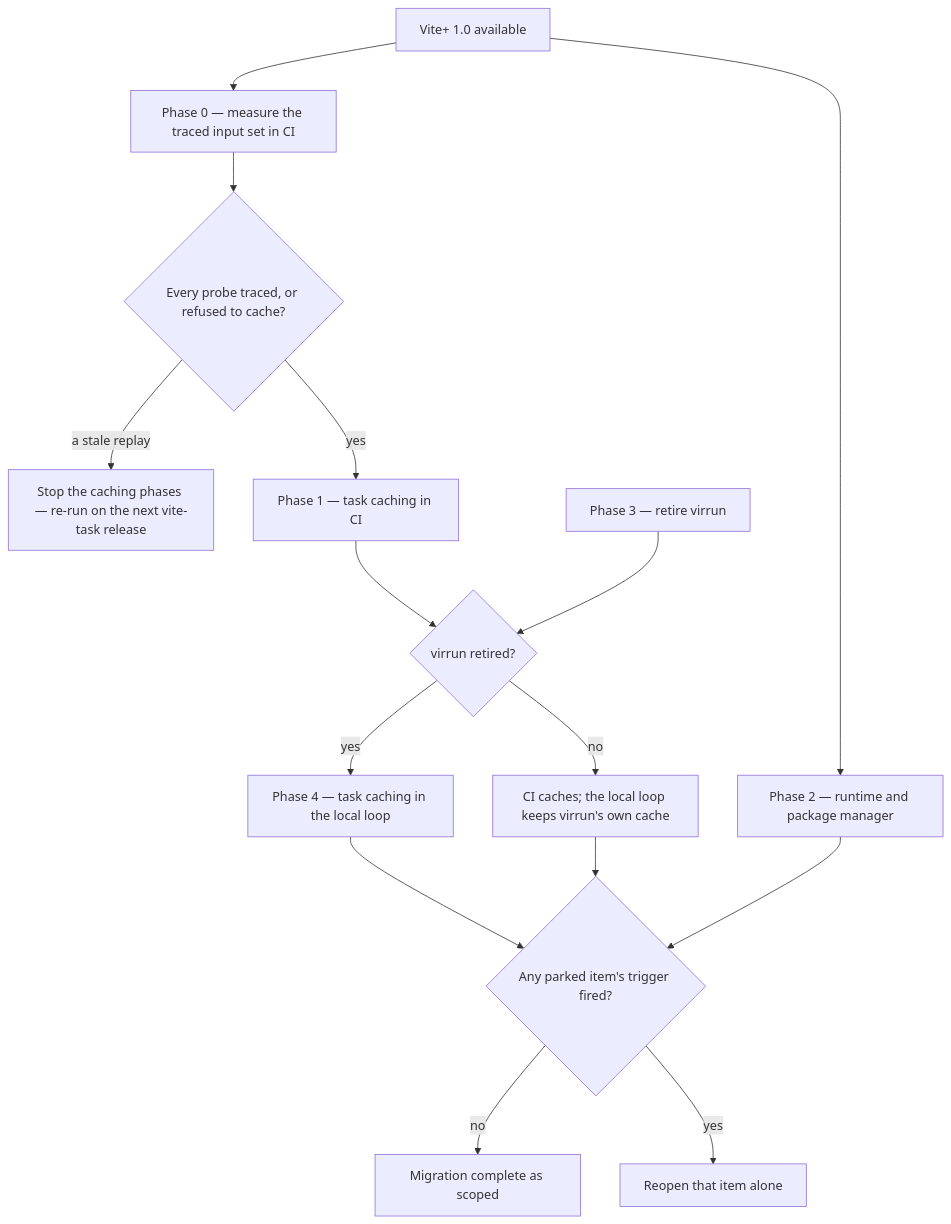
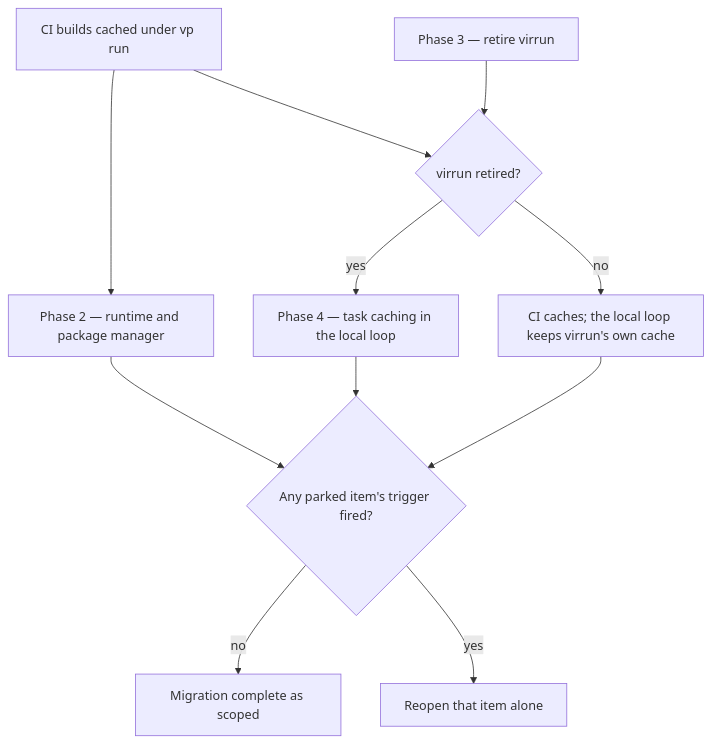
Before and after one commit to Esposter/Esposter: the diagram in apps/web/content/docs/proposals/refactors/vite-plus/phases.md, drawn with Mermaid. The commit also changed other lines of this file and 23 other files, not shown here.

````diff
--- a/apps/web/content/docs/proposals/refactors/vite-plus/phases.md
+++ b/apps/web/content/docs/proposals/refactors/vite-plus/phases.md
@@ -13,17 +13,13 @@
 ```mermaid
 flowchart TD
-  start["Vite+ 1.0 available"] --> probe["Phase 0 — measure the traced input set in CI"]
-  start --> rt["Phase 2 — runtime and package manager"]
-  probe --> ok{"Every probe traced, or refused to cache?"}
-  ok -->|"a stale replay"| stop["Stop the caching phases — re-run on the next vite-task release"]
-  ok -->|yes| ci["Phase 1 — task caching in CI"]
-  ci --> local{"virrun retired?"}
+  start["CI builds cached under vp run"] --> rt["Phase 2 — runtime and package manager"]
+  start --> local{"virrun retired?"}
   retire["Phase 3 — retire virrun"] --> local
   local -->|yes| loop["Phase 4 — task caching in the local loop"]
   local -->|no| ciOnly["CI caches; the local loop keeps virrun's own cache"]
   loop --> parked{"Any parked item's trigger fired?"}
   ciOnly --> parked
   rt --> parked
   parked -->|no| done["Migration complete as scoped"]
   parked -->|yes| reopen["Reopen that item alone"]
 ```
````
